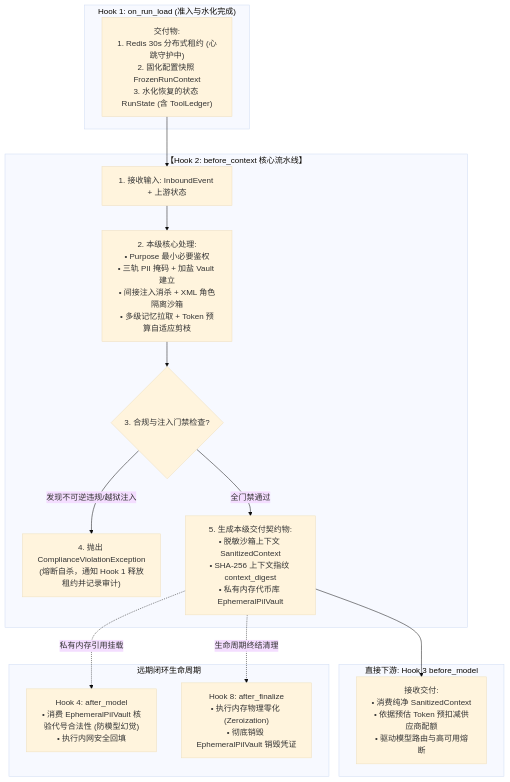
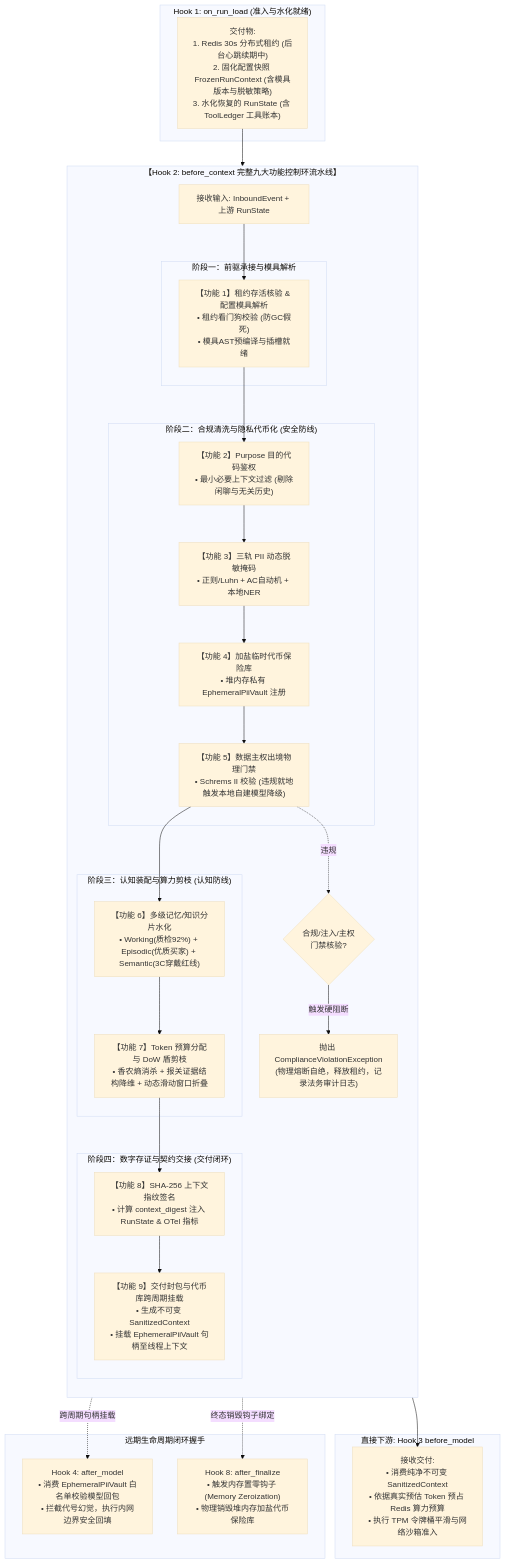
Before and after one commit to allenthinkingabu-hub/cogniva: the diagram in doc/kb/agent/deep-dive/topics/01-lifecycle-hooks/09-Hook2-before_context-隐私脱敏与上下文剪枝落地实战.md, drawn with Mermaid (base theme). The commit also changed other lines of this file, not shown here.

Commit message:
docs(agent): 深度补全 Hook 2 维度三全功能Mermaid拓扑图与功能六至九Java 21生产级落地解构

````diff
--- a/doc/kb/agent/deep-dive/topics/01-lifecycle-hooks/09-Hook2-before_context-隐私脱敏与上下文剪枝落地实战.md
+++ b/doc/kb/agent/deep-dive/topics/01-lifecycle-hooks/09-Hook2-before_context-隐私脱敏与上下文剪枝落地实战.md
@@ -230,32 +232,58 @@
 ```mermaid
 flowchart TD
-    subgraph Hook1 ["Hook 1: on_run_load (准入与水化完成)"]
-        H1_Out["交付物:<br/>1. Redis 30s 分布式租约 (心跳守护中)<br/>2. 固化配置快照 FrozenRunContext<br/>3. 水化恢复的状态 RunState (含 ToolLedger)"]
+    subgraph Hook1 ["Hook 1: on_run_load (准入与水化就绪)"]
+        H1_Out["交付物:<br/>1. Redis 30s 分布式租约 (后台心跳续期中)<br/>2. 固化配置快照 FrozenRunContext (含模具版本与脱敏策略)<br/>3. 水化恢复的 RunState (含 ToolLedger 工具账本)"]
     end
 
-    subgraph Hook2 ["【Hook 2: before_context 核心流水线】"]
-        H2_In["1. 接收输入: InboundEvent + 上游状态"]
-        H2_Proc["2. 本级核心处理:<br/>• Purpose 最小必要鉴权<br/>• 三轨 PII 掩码 + 加盐 Vault 建立<br/>• 间接注入消杀 + XML 角色隔离沙箱<br/>• 多级记忆拉取 + Token 预算自适应剪枝"]
-        H2_Check{"3. 合规与注入门禁检查?"}
-        H2_Abort["4. 抛出 ComplianceViolationException<br/>(熔断自杀，通知 Hook 1 释放租约并记录审计)"]
-        H2_Out["5. 生成本级交付契约物:<br/>• 脱敏沙箱上下文 SanitizedContext<br/>• SHA-256 上下文指纹 context_digest<br/>• 私有内存代币库 EphemeralPiIVault"]
+    subgraph Hook2 ["【Hook 2: before_context 完整九大功能控制环流水线】"]
+        direction TB
+        
+        subgraph H2_P1 ["阶段一：前驱承接与模具解析"]
+            F1["【功能 1】租约存活核验 & 配置模具解析<br/>• 租约看门狗校验 (防GC假死)<br/>• 模具AST预编译与插槽就绪"]
+        end
+
+        subgraph H2_P2 ["阶段二：合规清洗与隐私代币化 (安全防线)"]
+            F2["【功能 2】Purpose 目的代码鉴权<br/>• 最小必要上下文过滤 (剔除闲聊与无关历史)"]
+            F3["【功能 3】三轨 PII 动态脱敏掩码<br/>• 正则/Luhn + AC自动机 + 本地NER"]
+            F4["【功能 4】加盐临时代币保险库<br/>• 堆内存私有 EphemeralPiiVault 注册"]
+            F5["【功能 5】数据主权出境物理门禁<br/>• Schrems II 校验 (违规就地触发本地自建模型降级)"]
+            F2 --> F3 --> F4 --> F5
+        end
+
+        subgraph H2_P3 ["阶段三：认知装配与算力剪枝 (认知防线)"]
+            F6["【功能 6】多级记忆/知识分片水化<br/>• Working(质检92%) + Episodic(优质买家) + Semantic(3C穿戴红线)"]
+            F7["【功能 7】Token 预算分配与 DoW 盾剪枝<br/>• 香农熵消杀 + 报关证据结构降维 + 动态滑动窗口折叠"]
+            F6 --> F7
+        end
+
+        subgraph H2_P4 ["阶段四：数字存证与契约交接 (交付闭环)"]
+            F8["【功能 8】SHA-256 上下文指纹签名<br/>• 计算 context_digest 注入 RunState & OTel 指标"]
+            F9["【功能 9】交付封包与代币库跨周期挂载<br/>• 生成不可变 SanitizedContext<br/>• 挂载 EphemeralPiiVault 句柄至线程上下文"]
+            F8 --> F9
+        end
+
+        H2_In["接收输入: InboundEvent + 上游 RunState"] --> F1
+        F1 --> F2
+        F5 --> F6
+        F7 --> F8
+
+        H2_Gate{"合规/注入/主权<br/>门禁核验?"}
+        F5 -.->|违规| H2_Gate
+        H2_Abort["抛出 ComplianceViolationException<br/>(物理熔断自绝，释放租约，记录法务审计日志)"]
+        H2_Gate -- 触发硬阻断 --> H2_Abort
     end
 
     subgraph DownstreamDirect ["直接下游: Hook 3 before_model"]
-        H3_In["接收交付:<br/>• 消费纯净 SanitizedContext<br/>• 依据预估 Token 预扣减供应商配额<br/>• 驱动模型路由与高可用熔断"]
+        H3_In["接收交付:<br/>• 消费纯净不可变 SanitizedContext<br/>• 依据真实预估 Token 预占 Redis 算力预算<br/>• 执行 TPM 令牌桶平滑与网络沙箱准入"]
     end
 
-    subgraph DownstreamFar ["远期闭环生命周期"]
-        H4_In["Hook 4: after_model<br/>• 消费 EphemeralPiIVault 核验代号合法性 (防模型幻觉)<br/>• 执行内网安全回填"]
-        H8_In["Hook 8: after_finalize<br/>• 执行内存物理零化 (Zeroization)<br/>• 彻底销毁 EphemeralPiIVault 销毁凭证"]
+    subgraph DownstreamFar ["远期生命周期闭环握手"]
+        H4_In["Hook 4: after_model<br/>• 消费 EphemeralPiiVault 白名单校验模型回包<br/>• 拦截代号幻觉，执行内网边界安全回填"]
+        H8_In["Hook 8: after_finalize<br/>• 触发内存置零钩子 (Memory Zeroization)<br/>• 物理销毁堆内存加盐代币保险库"]
     end
 
     H1_Out --> H2_In
-    H2_In --> H2_Proc
-    H2_Proc --> H2_Check
-    H2_Check -- 发现不可逆违规/越狱注入 --> H2_Abort
-    H2_Check -- 全门禁通过 --> H2_Out
-    H2_Out --> H3_In
-    H2_Out -.->|私有内存引用挂载| H4_In
-    H2_Out -.->|生命周期终结清理| H8_In
+    F9 --> H3_In
+    F9 -.->|跨周期句柄挂载| H4_In
+    F9 -.->|终态销毁钩子绑定| H8_In
 ```
````
